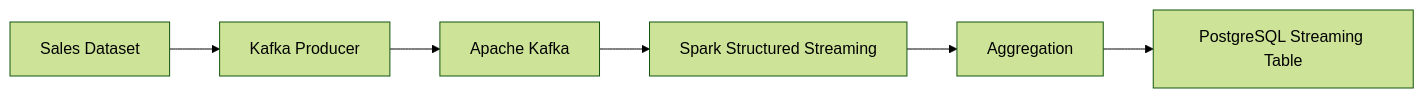
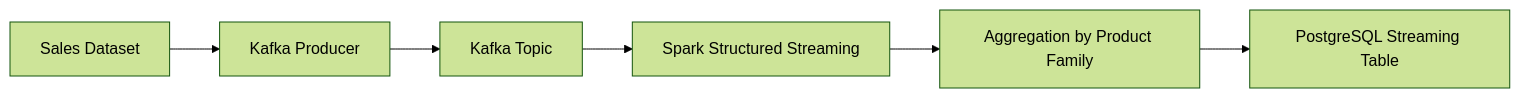
The third of 3 diagrams in docs/architecture.md (SSgream/ecommerce-data-intelligence), drawn with Mermaid (forest theme) before and after one commit. The commit also changed other lines of this file and 4 other files, not shown here.

````diff
--- a/docs/architecture.md
+++ b/docs/architecture.md
@@ -78,8 +135,8 @@
 ```mermaid
 flowchart LR
-    A[Sales Dataset] --> B[Kafka Producer]
-    B --> C[Apache Kafka]
-    C --> D[Spark Structured Streaming]
-    D --> E[Aggregation]
-    E --> F[PostgreSQL Streaming Table]
+    A["Sales Dataset"] --> B["Kafka Producer"]
+    B --> C["Kafka Topic"]
+    C --> D["Spark Structured Streaming"]
+    D --> E["Aggregation by Product Family"]
+    E --> F["PostgreSQL Streaming Table"]
 ```
````
